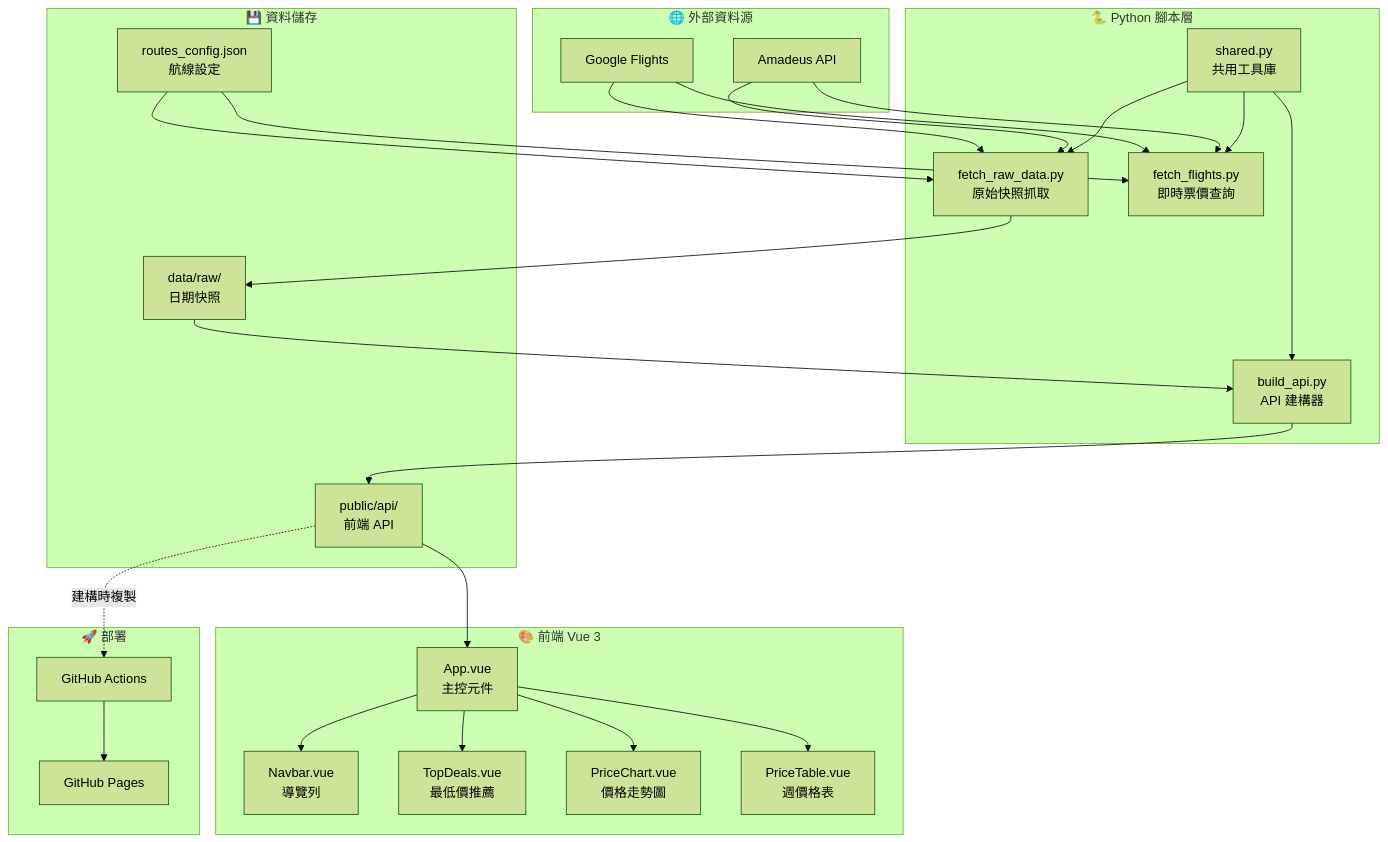
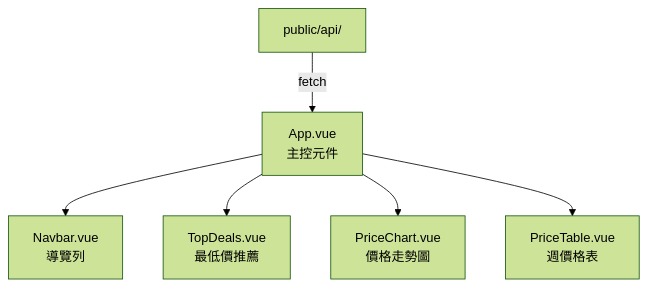
Before and after one commit to YuHaoLiaoSideProject/flight-radar: the third of 4 diagrams in docs/README.md, drawn with Mermaid (forest theme). The commit also changed other lines of this file and 4 other files, not shown here.

Commit message:
docs: split Mermaid diagrams into smaller, more readable charts

````diff
--- a/docs/README.md
+++ b/docs/README.md
@@ -15,56 +43,8 @@
 ```mermaid
 graph TB
-    subgraph External["🌐 外部資料源"]
-        GF[Google Flights]
-        AMA[Amadeus API]
-    end
-
-    subgraph Python["🐍 Python 腳本層"]
-        FRD[fetch_raw_data.py<br/>原始快照抓取]
-        FF[fetch_flights.py<br/>即時票價查詢]
-        BA[build_api.py<br/>API 建構器]
-        SH[shared.py<br/>共用工具庫]
-    end
-
-    subgraph Storage["💾 資料儲存"]
-        RAW[data/raw/<br/>日期快照]
-        RC[routes_config.json<br/>航線設定]
-        API[public/api/<br/>前端 API]
-    end
-
-    subgraph Frontend["🎨 前端 Vue 3"]
-        APP[App.vue<br/>主控元件]
-        NAV[Navbar.vue<br/>導覽列]
-        TC[TopDeals.vue<br/>最低價推薦]
-        PC[PriceChart.vue<br/>價格走勢圖]
-        PT[PriceTable.vue<br/>週價格表]
-    end
-
-    subgraph Deploy["🚀 部署"]
-        GH[GitHub Actions]
-        GHP[GitHub Pages]
-    end
-
-    GF --> FRD
-    AMA --> FRD
-    GF --> FF
-    AMA --> FF
-    SH --> FRD
-    SH --> FF
-    SH --> BA
-    RC --> FRD
-    RC --> FF
-
-    FRD --> RAW
-    RAW --> BA
-    BA --> API
-
-    API --> APP
-    APP --> NAV
-    APP --> TC
-    APP --> PC
-    APP --> PT
-
-    GH --> GHP
-    API -.->|建構時複製| GH
+    API["public/api/"] -->|fetch| APP["App.vue<br/>主控元件"]
+    APP --> NAV["Navbar.vue<br/>導覽列"]
+    APP --> TC["TopDeals.vue<br/>最低價推薦"]
+    APP --> PC["PriceChart.vue<br/>價格走勢圖"]
+    APP --> PT["PriceTable.vue<br/>週價格表"]
 ```
````
